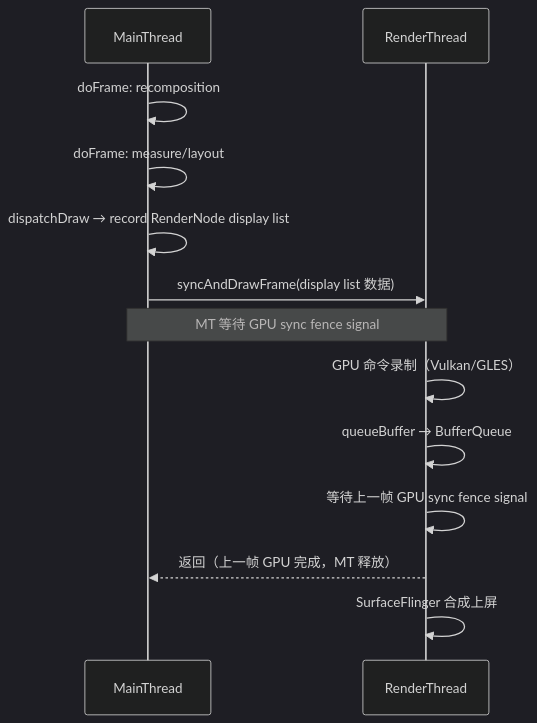
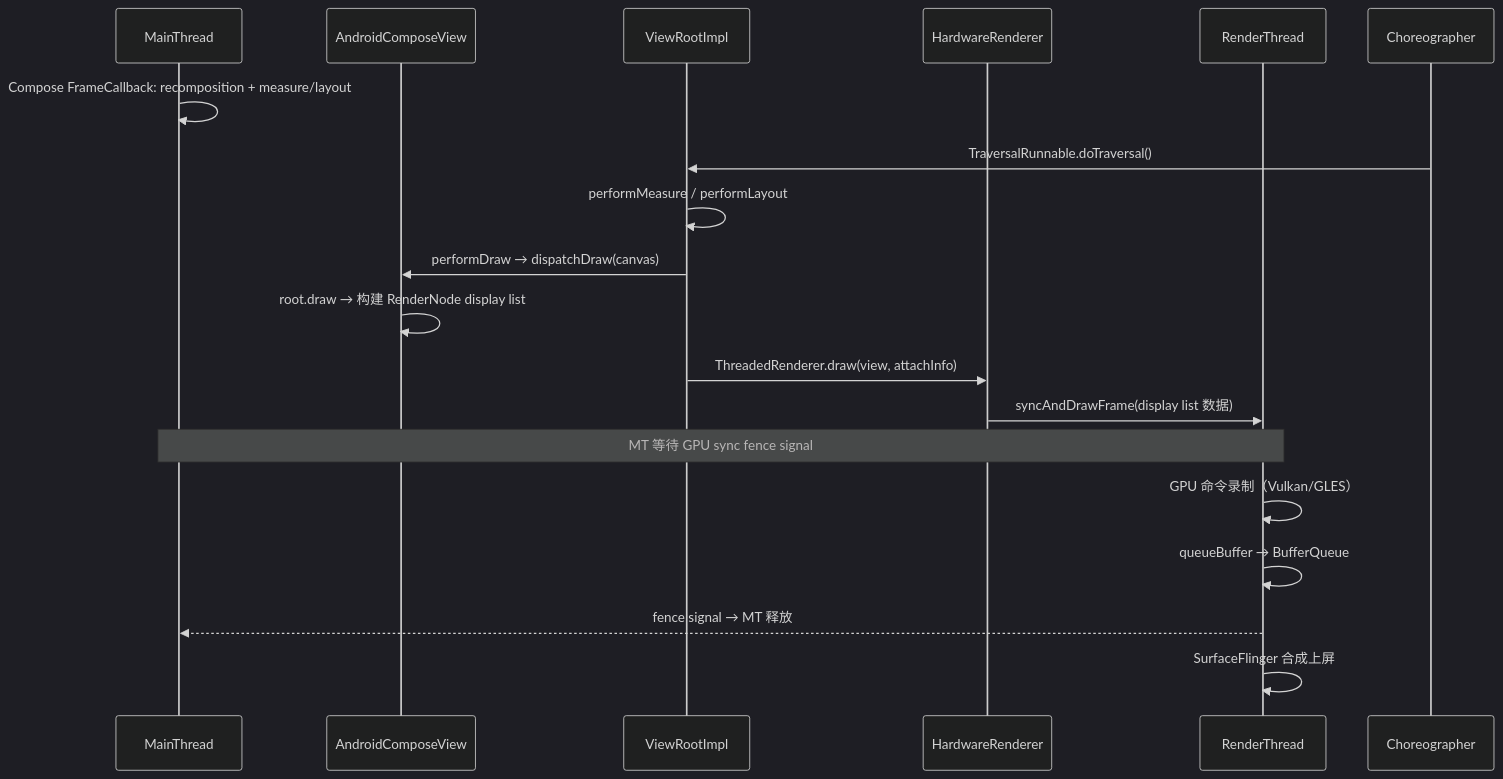
One commit to Gracker/android-internals-wiki changed the fourth of 4 diagrams in src/part2-performance/ch18-rendering-pipelines/25-compose-rendering-pipeline.md. Above: the diagram before and after it, drawn with Mermaid (dark theme). The commit also changed other lines of this file and 2 other files, not shown here.

Commit message:
[openclaw] rework: 18.25 Jetpack Compose 渲染管线架构 — Task9 deep review P0 修复 (Choreographer API / 帧提交路径 / LayerManager / FramePacing)

````diff
--- a/src/part2-performance/ch18-rendering-pipelines/25-compose-rendering-pipeline.md
+++ b/src/part2-performance/ch18-rendering-pipelines/25-compose-rendering-pipeline.md
@@ -441,16 +438,21 @@
 ```mermaid
 sequenceDiagram
     participant MT as MainThread
+    participant ACP as AndroidComposeView
+    participant VRI as ViewRootImpl
+    participant HR as HardwareRenderer
     participant RT as RenderThread
     
-    MT->>MT: doFrame: recomposition
-    MT->>MT: doFrame: measure/layout
-    MT->>MT: dispatchDraw → record RenderNode display list
-    MT->>RT: syncAndDrawFrame(display list 数据)
+    MT->>MT: Compose FrameCallback: recomposition + measure/layout
+    Choreographer->>VRI: TraversalRunnable.doTraversal()
+    VRI->>VRI: performMeasure / performLayout
+    VRI->>ACP: performDraw → dispatchDraw(canvas)
+    ACP->>ACP: root.draw → 构建 RenderNode display list
+    VRI->>HR: ThreadedRenderer.draw(view, attachInfo)
+    HR->>RT: syncAndDrawFrame(display list 数据)
     Note over MT,RT: MT 等待 GPU sync fence signal
     RT->>RT: GPU 命令录制（Vulkan/GLES）
     RT->>RT: queueBuffer → BufferQueue
-    RT->>RT: 等待上一帧 GPU sync fence signal
-    RT-->>MT: 返回（上一帧 GPU 完成，MT 释放）
+    RT-->>MT: fence signal → MT 释放
     RT->>RT: SurfaceFlinger 合成上屏
 ```
````
